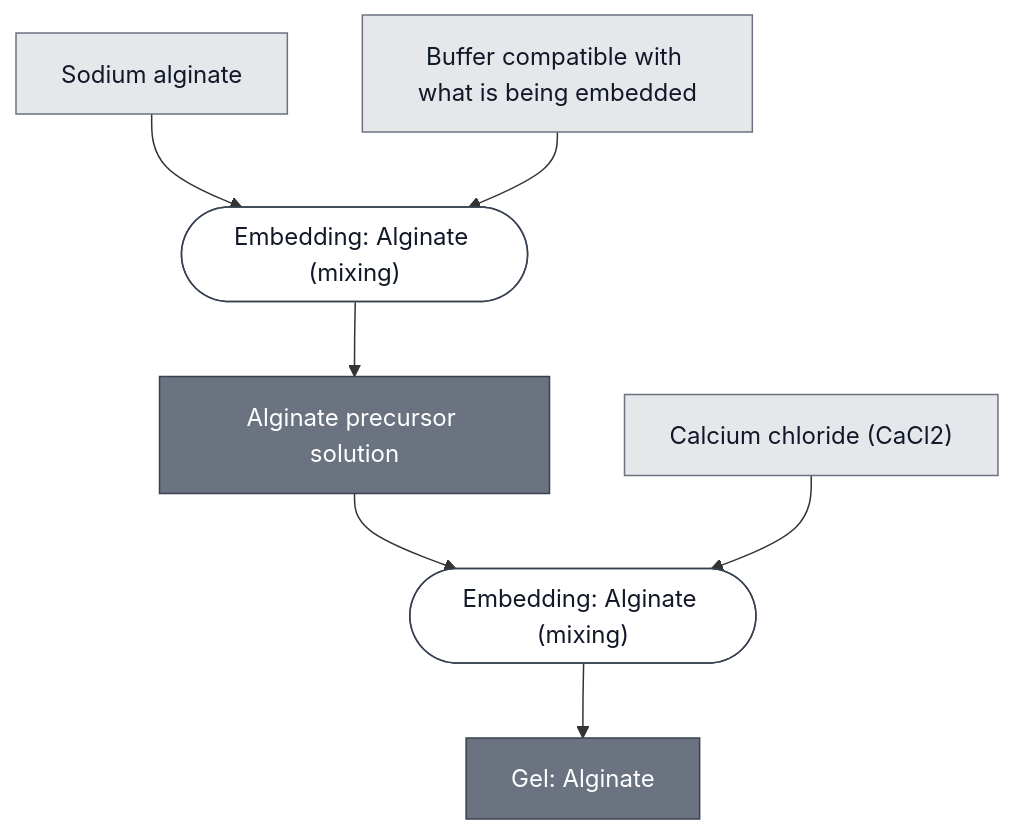
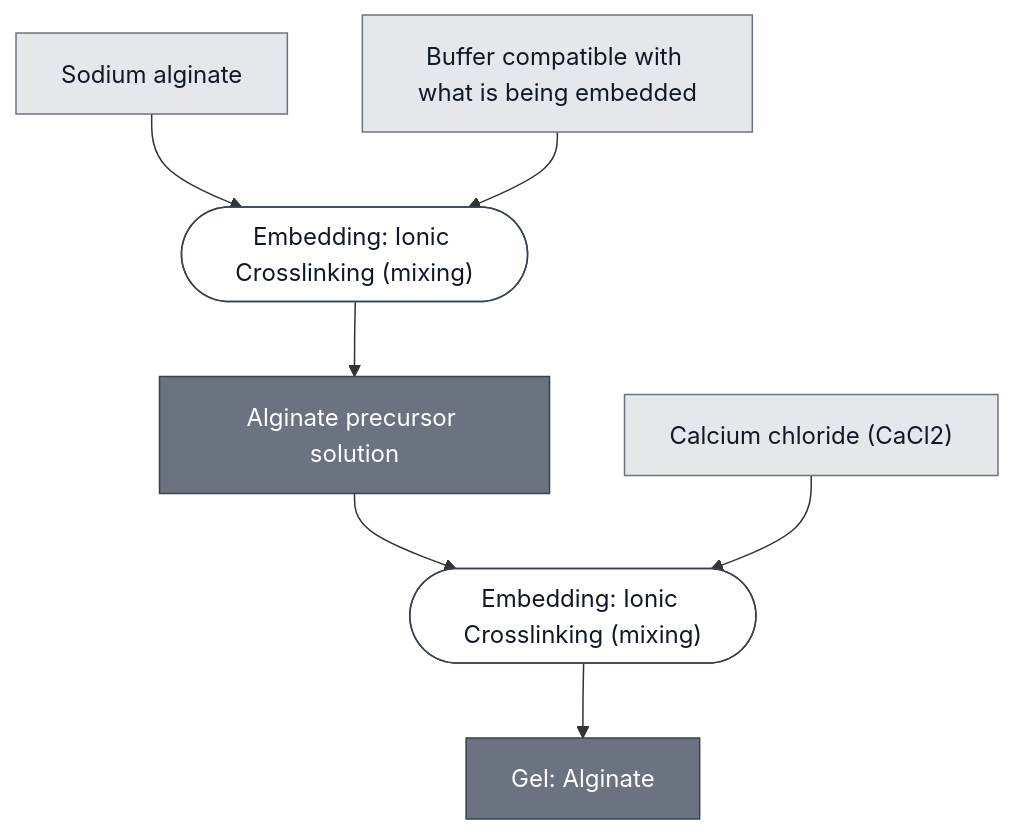
The diagram in docs/modules/gel-alginate/spec.md (nucleus-eng/nucleus-docs), drawn with Mermaid before and after one commit. The commit also changed other lines of this file and 50 other files, not shown here.

````diff
--- a/docs/modules/gel-alginate/spec.md
+++ b/docs/modules/gel-alginate/spec.md
@@ -32,31 +32,31 @@
 ```mermaid
 flowchart TD
     SODIUM_ALGINATE["Sodium alginate"]
     CALCIUM_CHLORIDE["Calcium chloride (CaCl2)"]
     EMBEDDING_BUFFER["Buffer compatible with what is being embedded"]
 
-    P1_DISSOLVE_0(["Embedding: Alginate (mixing)"])
+    P1_DISSOLVE_0(["Embedding: Ionic Crosslinking (mixing)"])
     ALGINATE_PRECURSOR["Alginate precursor solution"]
-    P2_CROSSLINK_IONIC_0(["Embedding: Alginate (mixing)"])
+    P2_CROSSLINK_IONIC_0(["Embedding: Ionic Crosslinking (mixing)"])
     GEL_ALGINATE["Gel: Alginate"]
 
     SODIUM_ALGINATE --> P1_DISSOLVE_0
     EMBEDDING_BUFFER --> P1_DISSOLVE_0
     P1_DISSOLVE_0 --> ALGINATE_PRECURSOR
 
     ALGINATE_PRECURSOR --> P2_CROSSLINK_IONIC_0
     CALCIUM_CHLORIDE --> P2_CROSSLINK_IONIC_0
     P2_CROSSLINK_IONIC_0 --> GEL_ALGINATE
 
 
     classDef leaf     fill:#e5e7eb,stroke:#6b7280,color:#111827;
     classDef composed fill:#6b7280,stroke:#374151,color:#ffffff;
     classDef process  fill:#ffffff,stroke:#374151,color:#111827;
     class SODIUM_ALGINATE,CALCIUM_CHLORIDE,EMBEDDING_BUFFER leaf;
     class ALGINATE_PRECURSOR,GEL_ALGINATE composed;
     class P1_DISSOLVE_0,P2_CROSSLINK_IONIC_0 process;
 
-    click P1_DISSOLVE_0 "/docs/processes/embed-alginate-hydrogel/main"
-    click P2_CROSSLINK_IONIC_0 "/docs/processes/embed-alginate-hydrogel/main"
+    click P1_DISSOLVE_0 "/docs/processes/embed-ionic-crosslinking/main"
+    click P2_CROSSLINK_IONIC_0 "/docs/processes/embed-ionic-crosslinking/main"
     click GEL_ALGINATE "/docs/modules/gel-alginate/spec"
 ```
````
